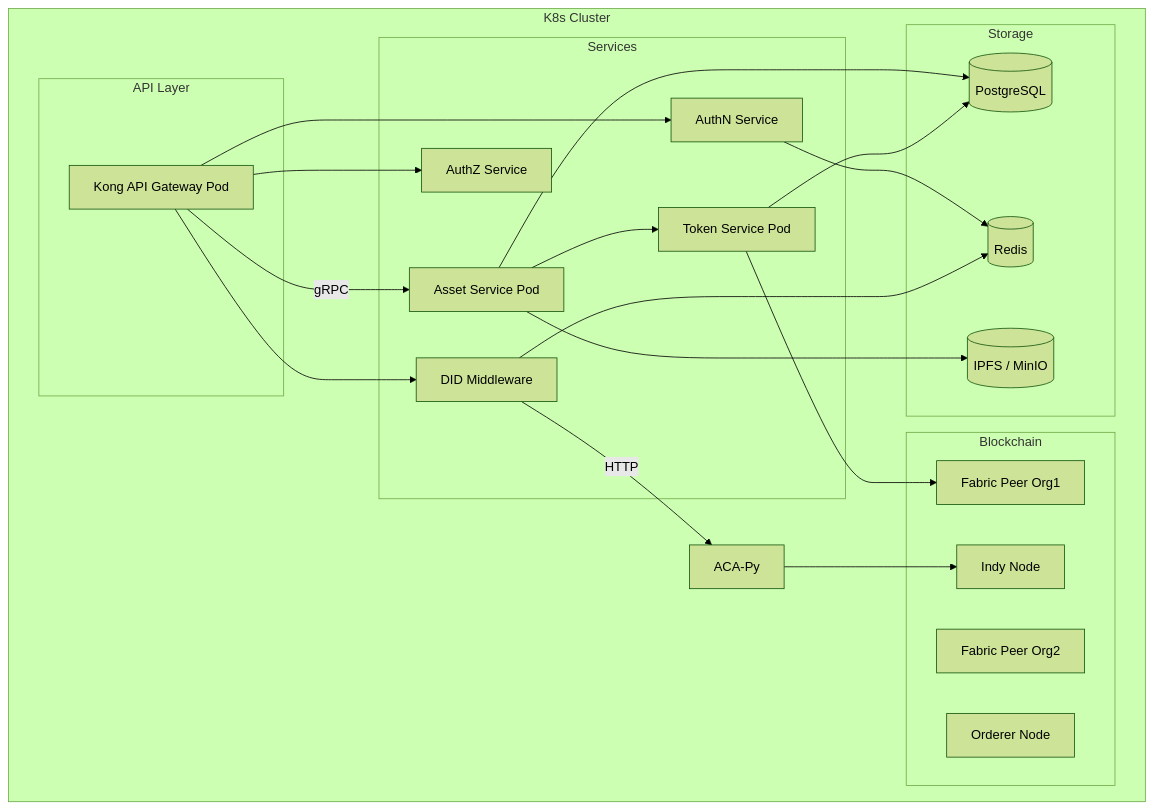
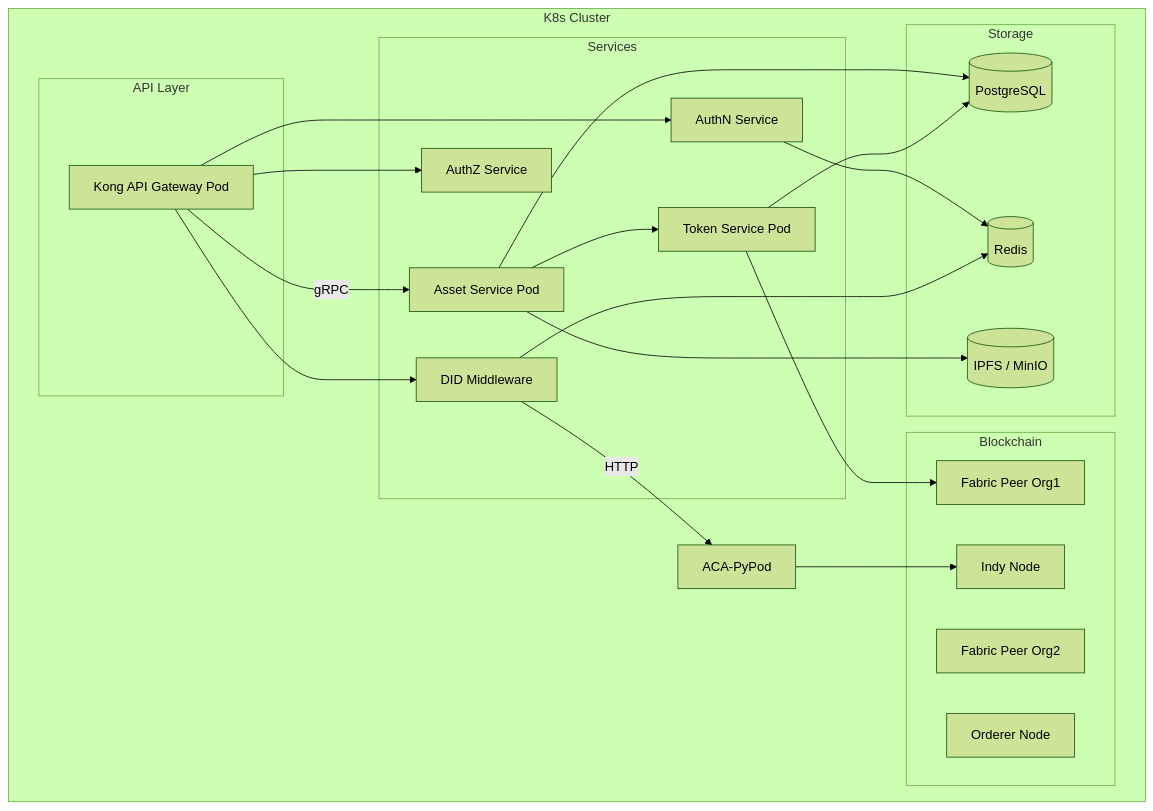
Before and after one commit to metafi-blockchain/metafi-digital-assets-service: the third of 3 diagrams in docs/architecture-design.en.md, drawn with Mermaid (forest theme).

````diff
--- a/docs/architecture-design.en.md
+++ b/docs/architecture-design.en.md
@@ -180,45 +180,45 @@
 ```mermaid
 graph TD
     subgraph K8s Cluster
         subgraph API Layer
             GatewayPod[Kong API Gateway Pod]
         end
 
         subgraph Services
             AssetPod[Asset Service Pod]
             TokenPod[Token Service Pod]
             AuthNPod[AuthN Service]
             AuthZPod[AuthZ Service]
             DIDPod["DID Middleware"]
         end
 
         subgraph Blockchain
             FabricPeer1["Fabric Peer Org1"]
             FabricPeer2["Fabric Peer Org2"]
             Orderer[Orderer Node]
             Indy[Indy Node]
         end
 
         subgraph Storage
             DBPod[(PostgreSQL)]
             RedisPod[(Redis)]
             IPFSPod[(IPFS / MinIO)]
         end
 
         GatewayPod -->|gRPC| AssetPod
         GatewayPod --> AuthNPod
         GatewayPod --> AuthZPod
         GatewayPod --> DIDPod
 
         AssetPod --> TokenPod
         TokenPod --> FabricPeer1
-        DIDPod -->|HTTP| ACA-Py
+        DIDPod -->|HTTP| ACA-PyPod
 
         AssetPod --> DBPod
         TokenPod --> DBPod
         AuthNPod --> RedisPod
         DIDPod --> RedisPod
         AssetPod --> IPFSPod
-        ACA-Py --> Indy
+        ACA-PyPod --> Indy
     end
 ```
````
